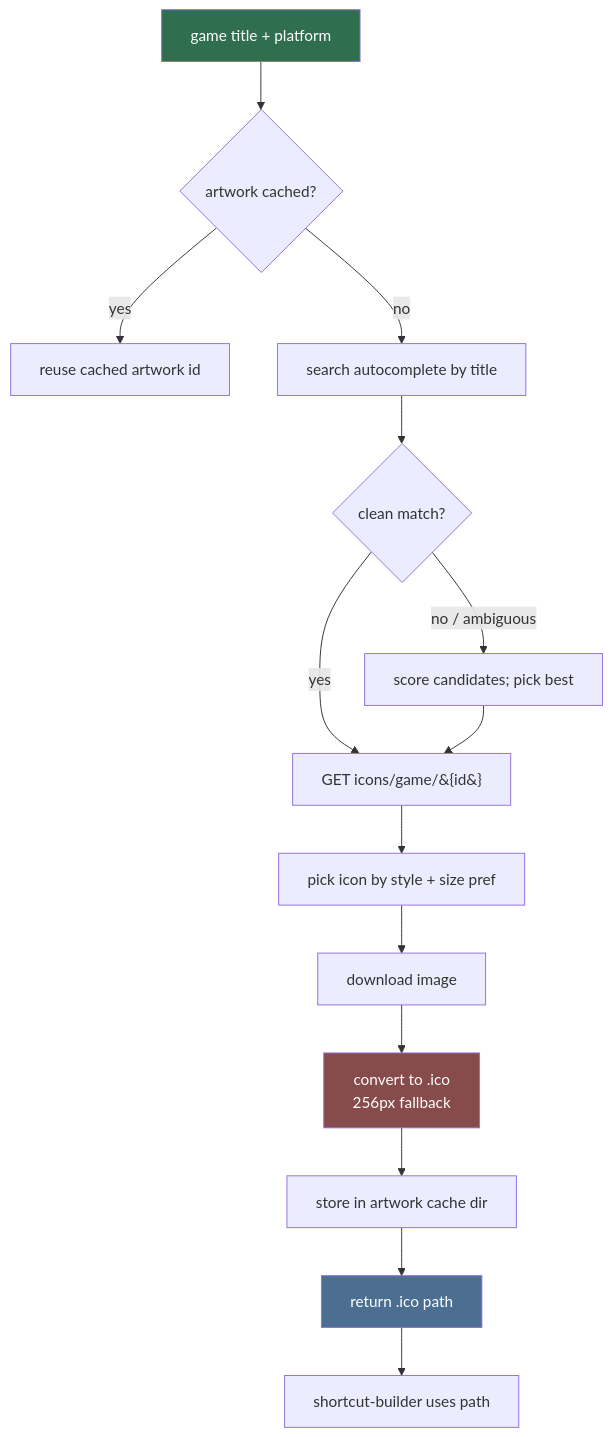
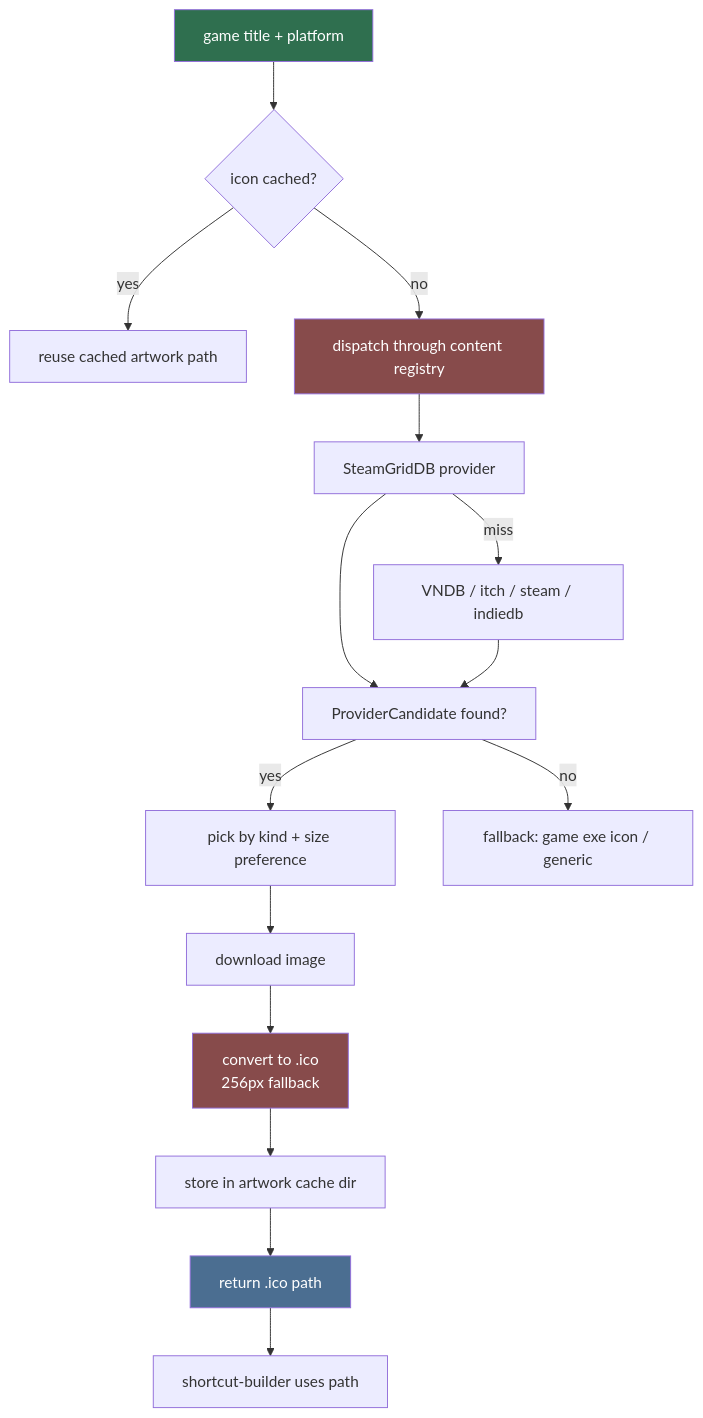
The diagram in .agents/agents/shortcuts/artwork-fetch/artwork-fetch.md (HELIX-Origin/LewdZone-Launcher), drawn with Mermaid before and after one commit. The commit also changed other lines of this file and 24 other files, not shown here.

First line of the commit message:
📝 docs(content): add provider layer for game info, art, and icons

````diff
--- a/.agents/agents/shortcuts/artwork-fetch/artwork-fetch.md
+++ b/.agents/agents/shortcuts/artwork-fetch/artwork-fetch.md
@@ -17,20 +19,22 @@
 ```mermaid
 flowchart TD
-    A[game title + platform] --> B{artwork cached?}
-    B -- yes --> C[reuse cached artwork id]
-    B -- no --> D[search autocomplete by title]
-    D --> E{clean match?}
-    E -- yes --> F[GET icons/game/&#123;id&#125;]
-    E -- no / ambiguous --> G[score candidates; pick best]
-    F --> H[pick icon by style + size pref]
-    G --> F
-    H --> I[download image]
-    I --> J[convert to .ico<br/>256px fallback]
-    J --> K[store in artwork cache dir]
-    K --> L[return .ico path]
-    L --> M[shortcut-builder uses path]
+    A[game title + platform] --> B{icon cached?}
+    B -- yes --> C[reuse cached artwork path]
+    B -- no --> D[dispatch through content registry]
+    D --> E[SteamGridDB provider]
+    E -- miss --> F[VNDB / itch / steam / indiedb]
+    E --> G[ProviderCandidate found?]
+    F --> G
+    G -- yes --> H[pick by kind + size preference]
+    G -- no --> I[fallback: game exe icon / generic]
+    H --> J[download image]
+    J --> K[convert to .ico<br/>256px fallback]
+    K --> L[store in artwork cache dir]
+    L --> M[return .ico path]
+    M --> N[shortcut-builder uses path]
 
     style A fill:#2f6f4f,color:#fff
-    style J fill:#874b4b,color:#fff
-    style L fill:#4b6e91,color:#fff
+    style D fill:#874b4b,color:#fff
+    style K fill:#874b4b,color:#fff
+    style M fill:#4b6e91,color:#fff
 ```
````
